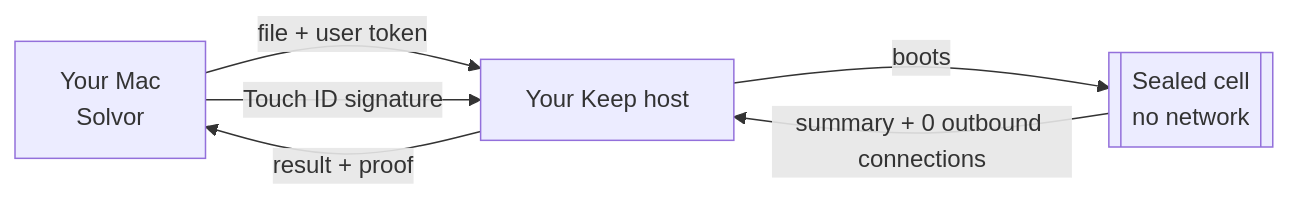
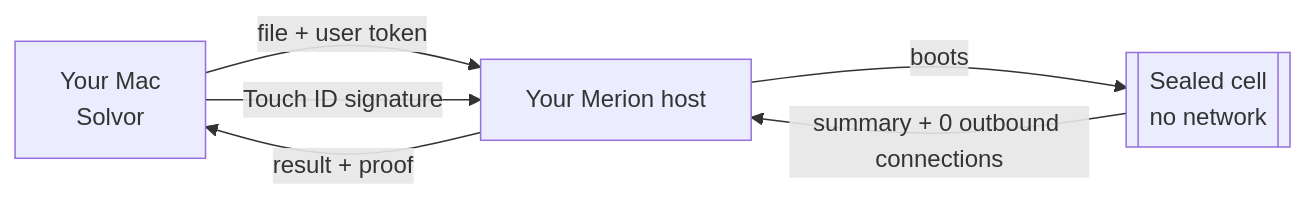
One commit to zyvorai/zyvorai-fabric changed the diagram in integrations/macos-merion/README.md. Above: the diagram before and after it, drawn with Mermaid. The commit also changed other lines of this file and 184 other files, not shown here.

First line of the commit message:
docs: say Merion, not Keep, in prose, console and website text

````diff
--- a/integrations/macos-merion/README.md
+++ b/integrations/macos-merion/README.md
@@ -60,8 +60,8 @@
 ```mermaid
 flowchart LR
-  A[Your Mac<br/>Solvor] -- file + user token --> B[Your Keep host]
+  A[Your Mac<br/>Solvor] -- file + user token --> B[Your Merion host]
   B -- boots --> C[[Sealed cell<br/>no network]]
   C -- summary + 0 outbound connections --> B
   B -- result + proof --> A
   A -- Touch ID signature --> B
 ```
````
